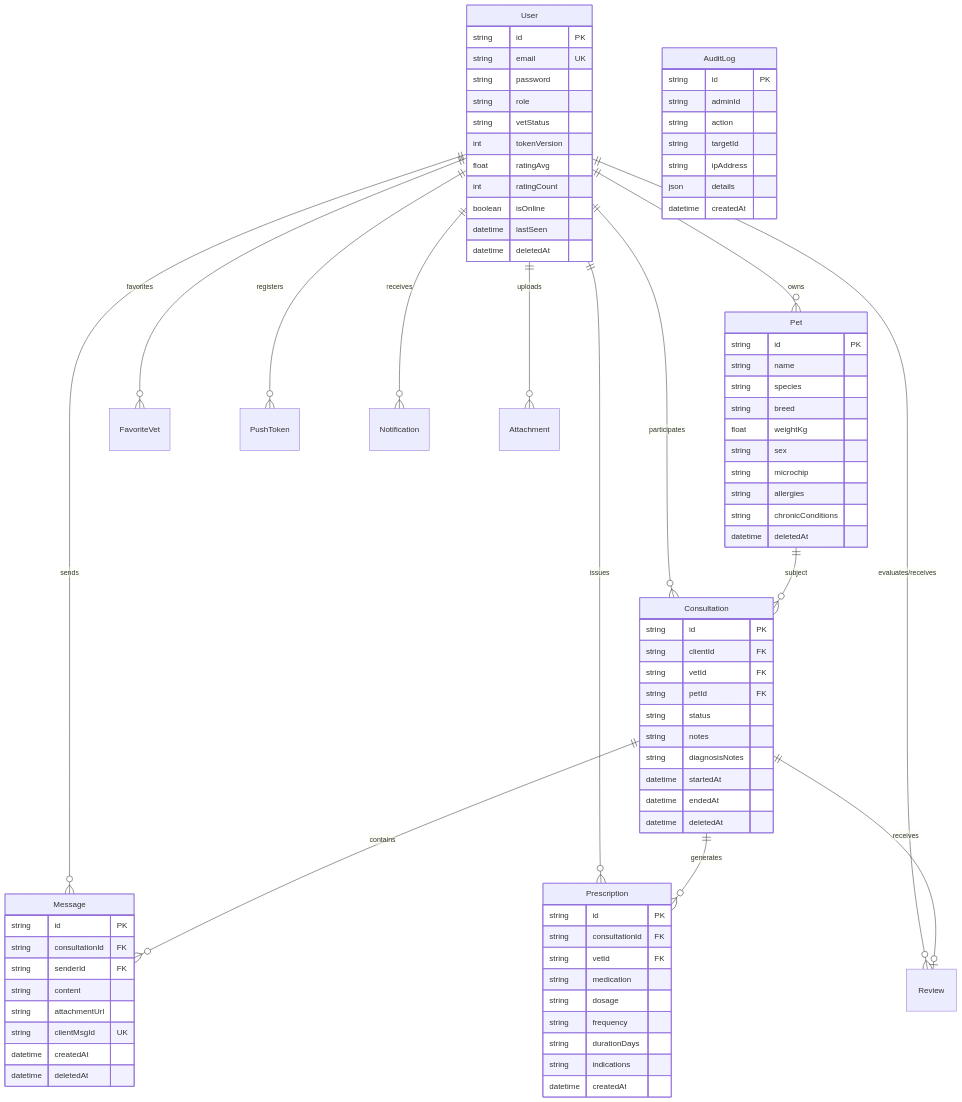
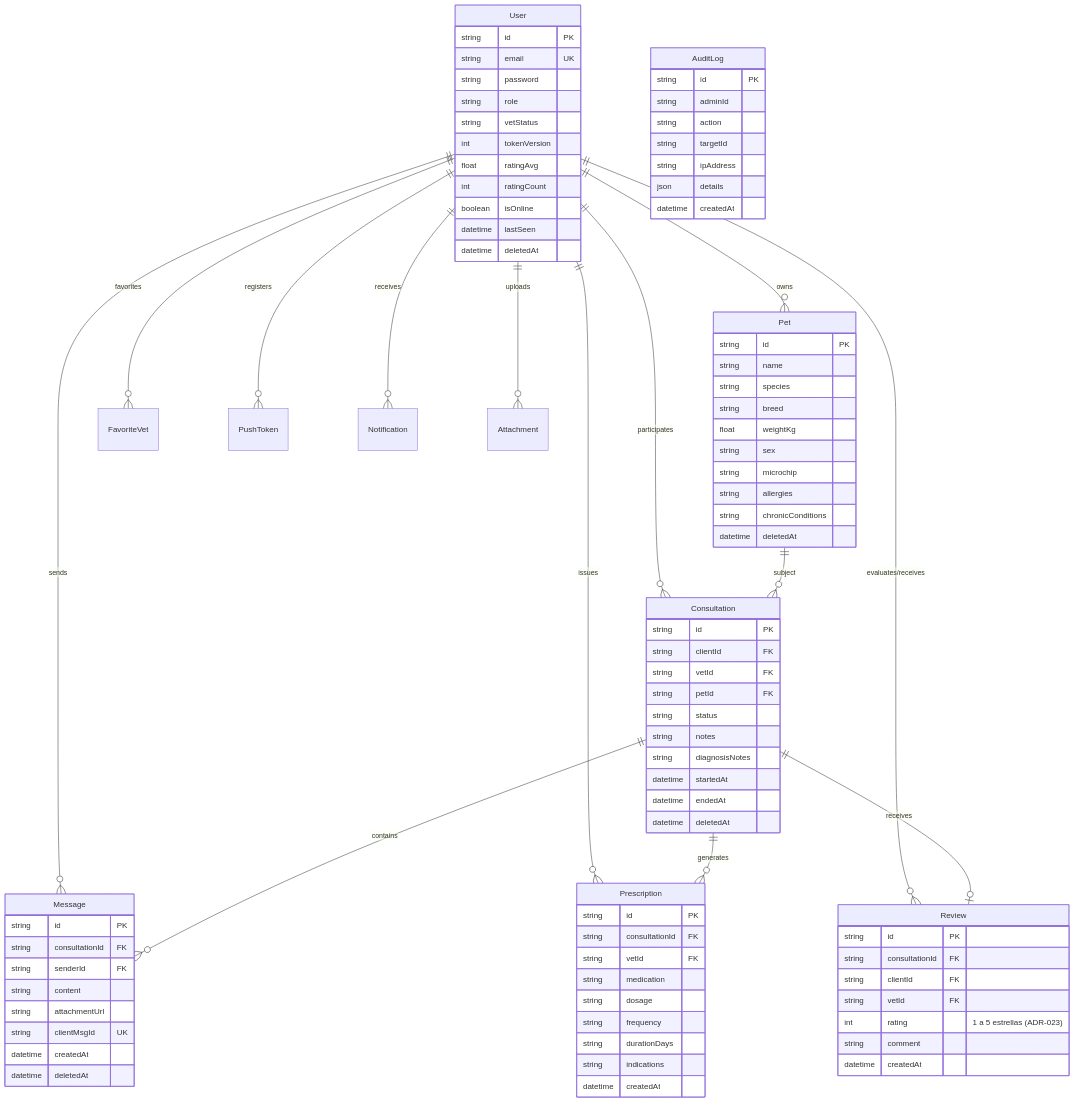
Before and after one commit to grupo-pinnacle/VetConnect: the second of 4 diagrams in docs/SPEC.md, drawn with Mermaid. The commit also changed other lines of this file and 20 other files, not shown here.

````diff
--- a/docs/SPEC.md
+++ b/docs/SPEC.md
@@ -176,4 +176,14 @@
         json details
         datetime createdAt
     }
+
+    Review {
+        string id PK
+        string consultationId FK
+        string clientId FK
+        string vetId FK
+        int rating "1 a 5 estrellas (ADR-023)"
+        string comment
+        datetime createdAt
+    }
 ```
````
